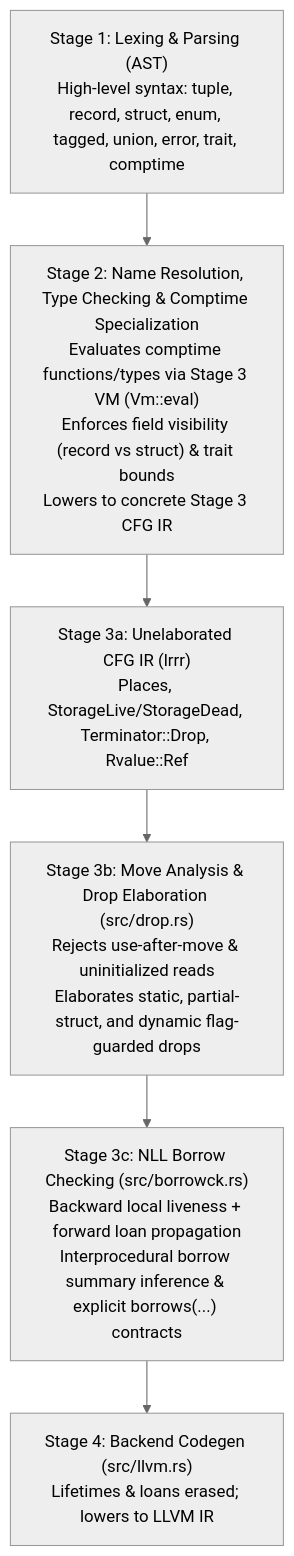
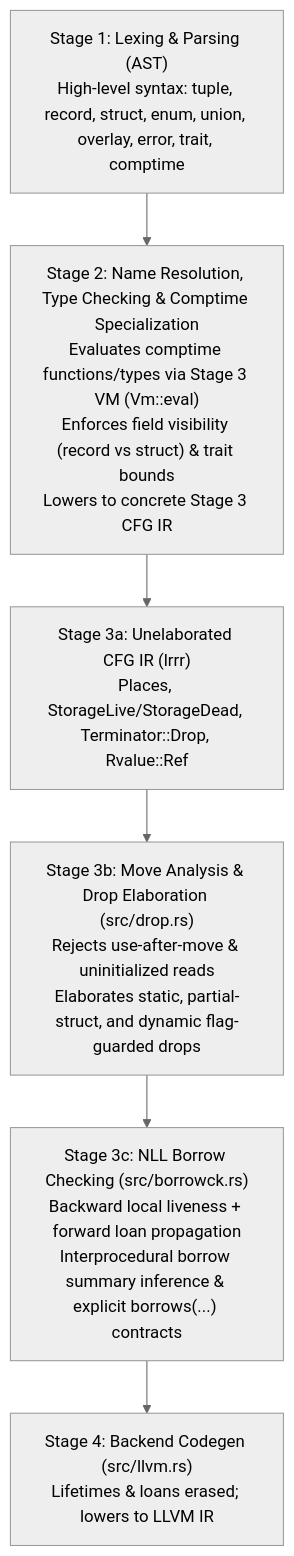
One commit to adam-frisby/SlopLang changed the diagram in DESIGN.md. Above: the diagram before and after it, drawn with Mermaid (neutral theme). The commit also changed other lines of this file and 8 other files, not shown here.

Commit message:
Add rune, scalar pattern types, overflow arithmetic, and union/overlay IR

````diff
--- a/DESIGN.md
+++ b/DESIGN.md
@@ -13,9 +13,9 @@
 ```mermaid
 flowchart TD
-    S1["Stage 1: Lexing & Parsing (AST)<br/>High-level syntax: tuple, record, struct, enum, tagged, union, error, trait, comptime"] --> S2
+    S1["Stage 1: Lexing & Parsing (AST)<br/>High-level syntax: tuple, record, struct, enum, union, overlay, error, trait, comptime"] --> S2
     S2["Stage 2: Name Resolution, Type Checking & Comptime Specialization<br/>Evaluates comptime functions/types via Stage 3 VM (Vm::eval)<br/>Enforces field visibility (record vs struct) & trait bounds<br/>Lowers to concrete Stage 3 CFG IR"] --> S3A
     S3A["Stage 3a: Unelaborated CFG IR (lrrr)<br/>Places, StorageLive/StorageDead, Terminator::Drop, Rvalue::Ref"] --> S3B
     S3B["Stage 3b: Move Analysis & Drop Elaboration (src/drop.rs)<br/>Rejects use-after-move & uninitialized reads<br/>Elaborates static, partial-struct, and dynamic flag-guarded drops"] --> S3C
     S3C["Stage 3c: NLL Borrow Checking (src/borrowck.rs)<br/>Backward local liveness + forward loan propagation<br/>Interprocedural borrow summary inference & explicit borrows(...) contracts"] --> S4
     S4["Stage 4: Backend Codegen (src/llvm.rs)<br/>Lifetimes & loans erased; lowers to LLVM IR"]
 ```
````
